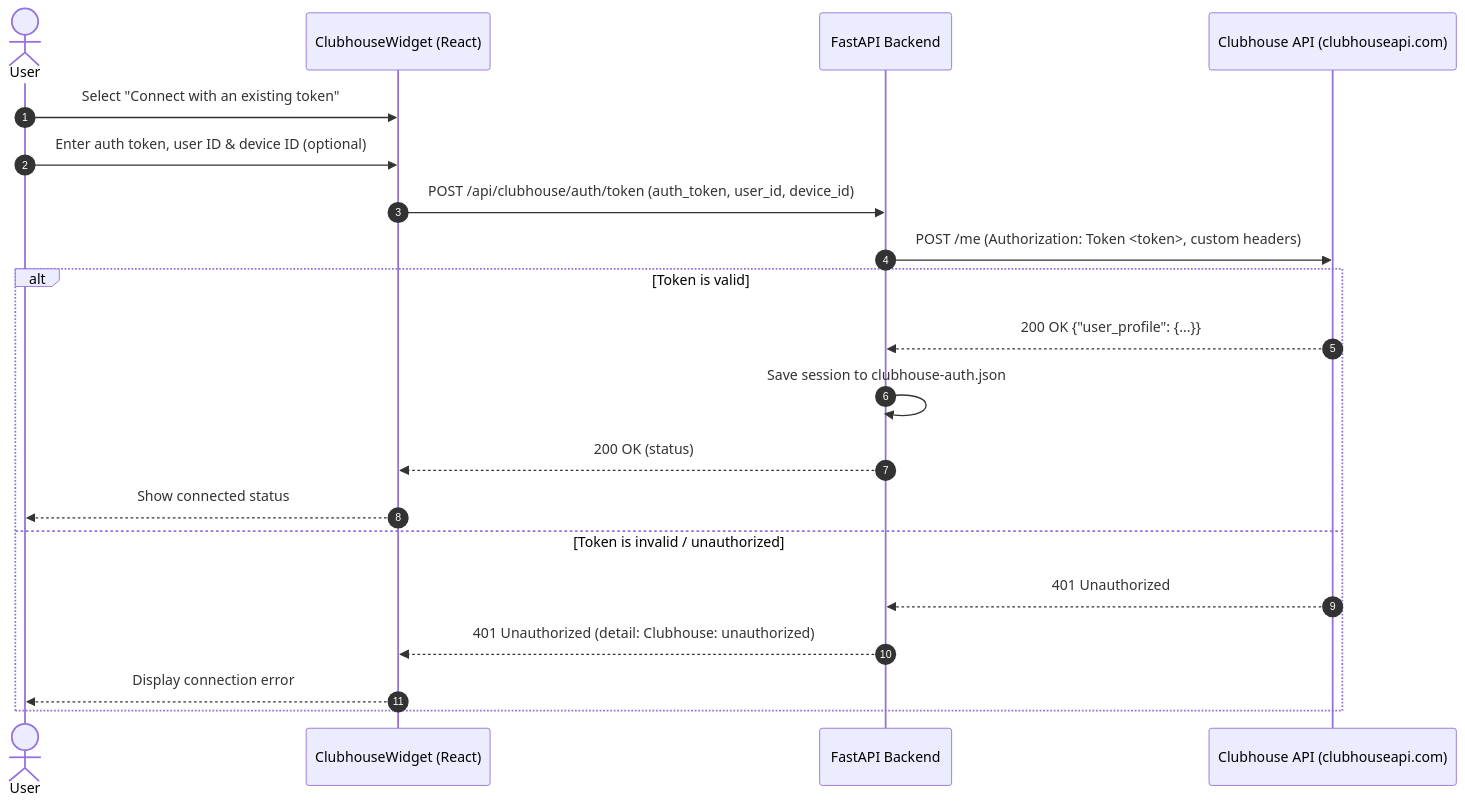
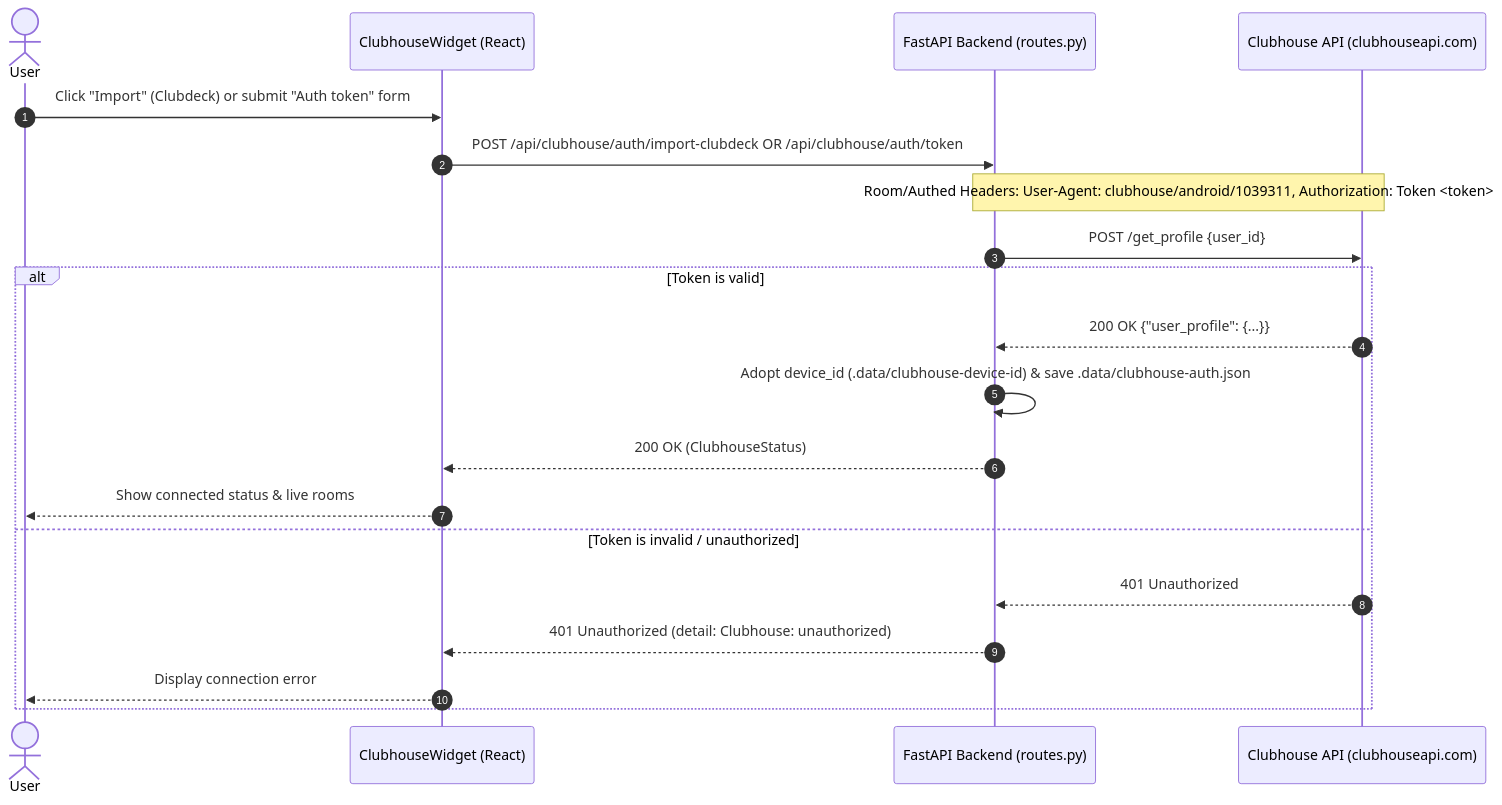
The third of 3 diagrams in docs/modules/clubhouse.mdx (ConstCorrectness/horrible-dashboard), drawn with Mermaid before and after one commit. The commit also changed other lines of this file and 5 other files, not shown here.

First line of the commit message:
fix(clubhouse): use Clubdeck auth User-Agent and httpx fallback for SMS login

````diff
--- a/docs/modules/clubhouse.mdx
+++ b/docs/modules/clubhouse.mdx
@@ -381,24 +428,24 @@
 ```mermaid
 sequenceDiagram
     autonumber
     actor User
     participant Frontend as ClubhouseWidget (React)
-    participant Backend as FastAPI Backend
+    participant Backend as FastAPI Backend (routes.py)
     participant Clubhouse as Clubhouse API (clubhouseapi.com)
 
-    User->>Frontend: Select "Connect with an existing token"
-    User->>Frontend: Enter auth token, user ID & device ID (optional)
-    Frontend->>Backend: POST /api/clubhouse/auth/token (auth_token, user_id, device_id)
-    Backend->>Clubhouse: POST /me (Authorization: Token <token>, custom headers)
+    User->>Frontend: Click "Import" (Clubdeck) or submit "Auth token" form
+    Frontend->>Backend: POST /api/clubhouse/auth/import-clubdeck OR /api/clubhouse/auth/token
+    Note over Backend,Clubhouse: Room/Authed Headers: User-Agent: clubhouse/android/1039311, Authorization: Token <token>
+    Backend->>Clubhouse: POST /get_profile {user_id}
 
     alt Token is valid
         Clubhouse-->>Backend: 200 OK {"user_profile": {...}}
-        Backend->>Backend: Save session to clubhouse-auth.json
-        Backend-->>Frontend: 200 OK (status)
-        Frontend-->>User: Show connected status
+        Backend->>Backend: Adopt device_id (.data/clubhouse-device-id) & save .data/clubhouse-auth.json
+        Backend-->>Frontend: 200 OK (ClubhouseStatus)
+        Frontend-->>User: Show connected status & live rooms
     else Token is invalid / unauthorized
         Clubhouse-->>Backend: 401 Unauthorized
         Backend-->>Frontend: 401 Unauthorized (detail: Clubhouse: unauthorized)
         Frontend-->>User: Display connection error
     end
 ```
````
